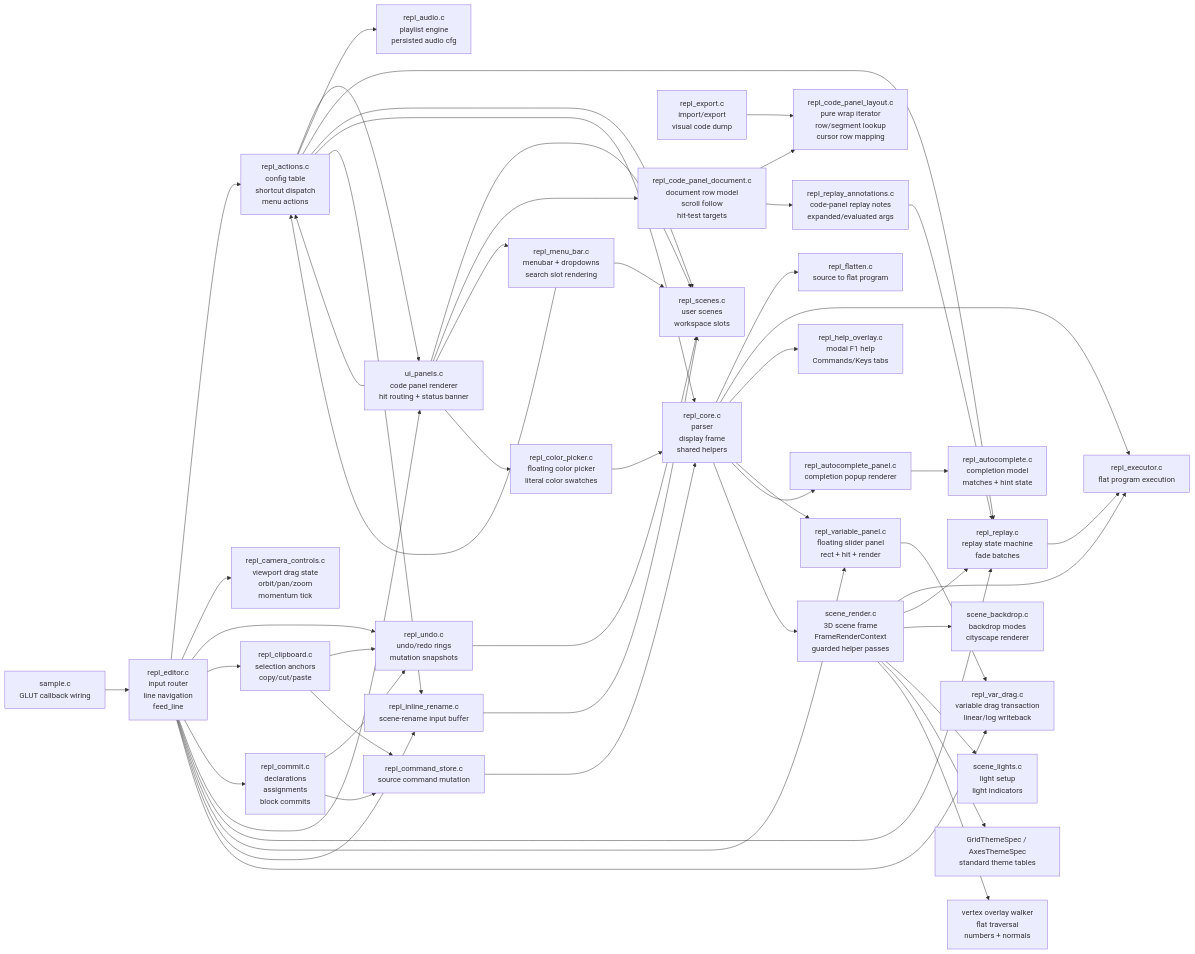
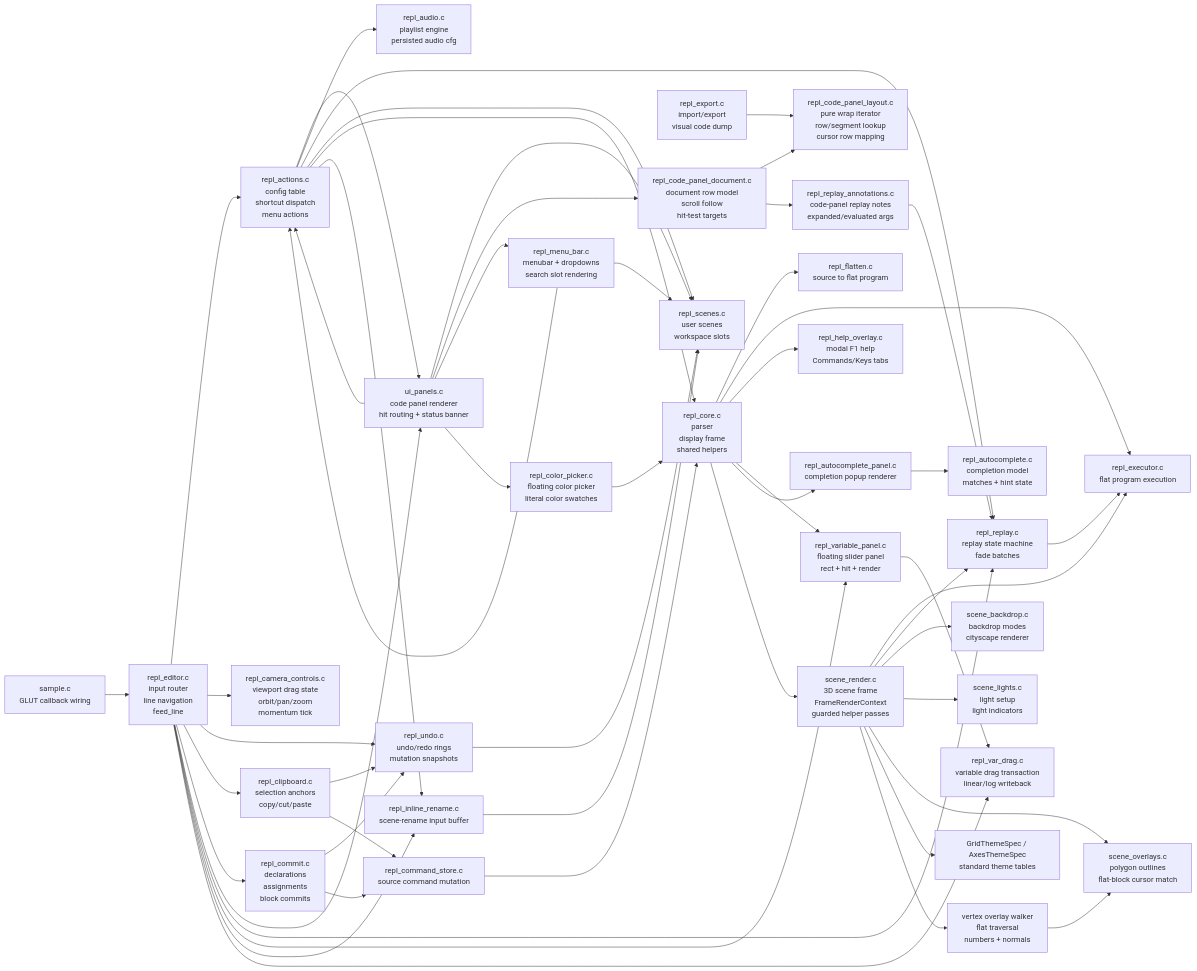
Before and after one commit to drewwoods/gl-repl: the diagram in REPL_REFACTOR_MAP.md, drawn with Mermaid. The commit also changed other lines of this file and 8 other files, not shown here.

First line of the commit message:
refactor: extract scene outline overlays

```diff
--- a/REPL_REFACTOR_MAP.md
+++ b/REPL_REFACTOR_MAP.md
@@ -34,6 +34,7 @@
     scene["scene_render.c<br/>3D scene frame<br/>FrameRenderContext<br/>guarded helper passes"]
     backdrop["scene_backdrop.c<br/>backdrop modes<br/>cityscape renderer"]
     lights["scene_lights.c<br/>light setup<br/>light indicators"]
+    overlays["scene_overlays.c<br/>polygon outlines<br/>flat-block cursor match"]
     scene_theme["GridThemeSpec / AxesThemeSpec<br/>standard theme tables"]
     scene_overlay["vertex overlay walker<br/>flat traversal<br/>numbers + normals"]
     scenes["repl_scenes.c<br/>user scenes<br/>workspace slots"]
@@ -81,6 +82,8 @@
     scene --> replay
     scene --> backdrop
     scene --> lights
+    scene --> overlays
+    scene_overlay --> overlays
     scene --> scene_theme
     scene --> scene_overlay
     ui --> actions
```
